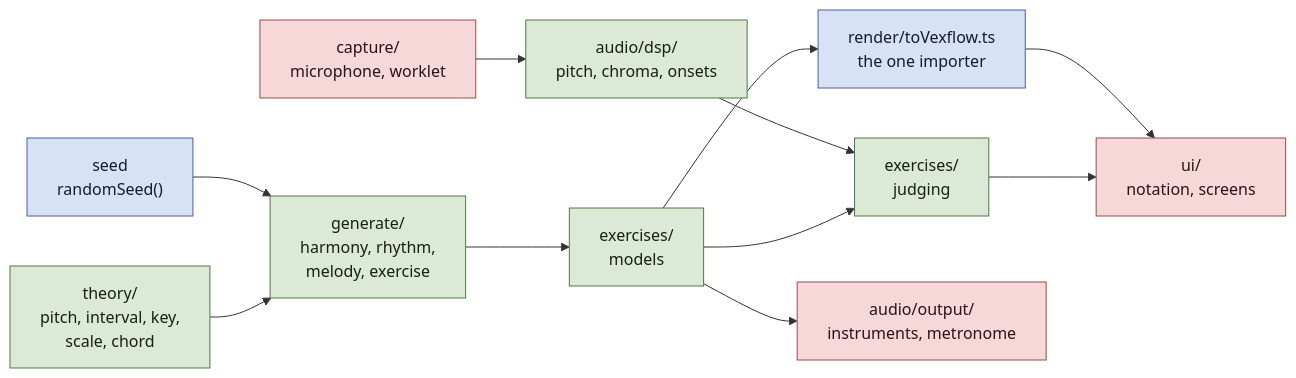
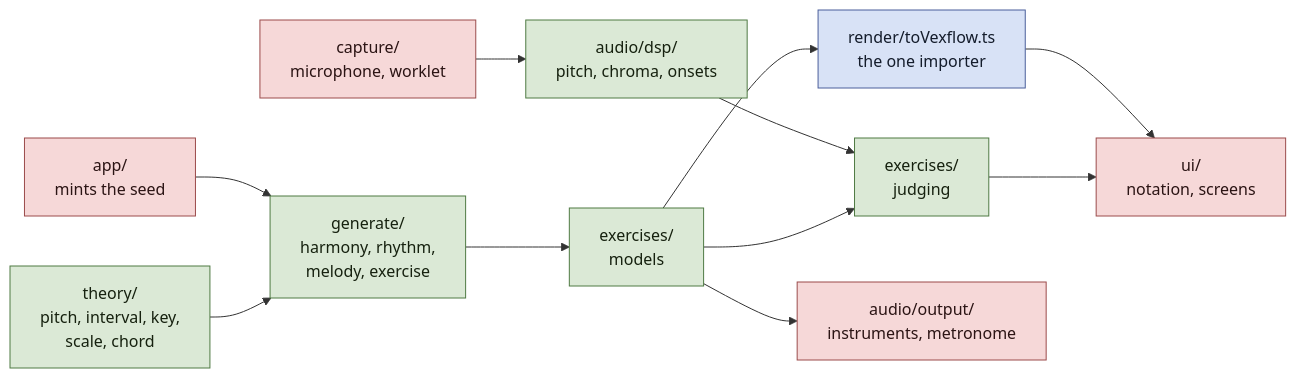
The diagram in docs/adr/README.md (deepl0w/pitch_space), drawn with Mermaid before and after one commit. The commit also changed other lines of this file, not shown here.

First line of the commit message:
Redraw the seed as entering from outside the core, after 0005 deleted randomSeed

````diff
--- a/docs/adr/README.md
+++ b/docs/adr/README.md
@@ -33,21 +39,21 @@
 ```mermaid
 flowchart LR
-    seed["seed<br/>randomSeed()"] --> gen
+    seed["app/<br/>mints the seed"] --> gen
     theory["theory/<br/>pitch, interval, key,<br/>scale, chord"] --> gen["generate/<br/>harmony, rhythm,<br/>melody, exercise"]
     gen --> ex["exercises/<br/>models"]
     ex --> vex["render/toVexflow.ts<br/>the one importer"]
     vex --> ui["ui/<br/>notation, screens"]
 
     mic["capture/<br/>microphone, worklet"] --> dsp["audio/dsp/<br/>pitch, chroma, onsets"]
     dsp --> judge["exercises/<br/>judging"]
     ex --> judge
     judge --> ui
     ex --> out["audio/output/<br/>instruments, metronome"]
 
     classDef pure fill:#dbe9d6,stroke:#4f7a43,color:#16210f
     classDef platform fill:#f6d8d8,stroke:#9b4b4b,color:#2b1414
     classDef edge fill:#d8e2f6,stroke:#4b5f9b,color:#141c2b
     class theory,gen,dsp,ex,judge pure
-    class mic,ui,out platform
-    class seed,vex edge
+    class mic,ui,out,seed platform
+    class vex edge
 ```
````
